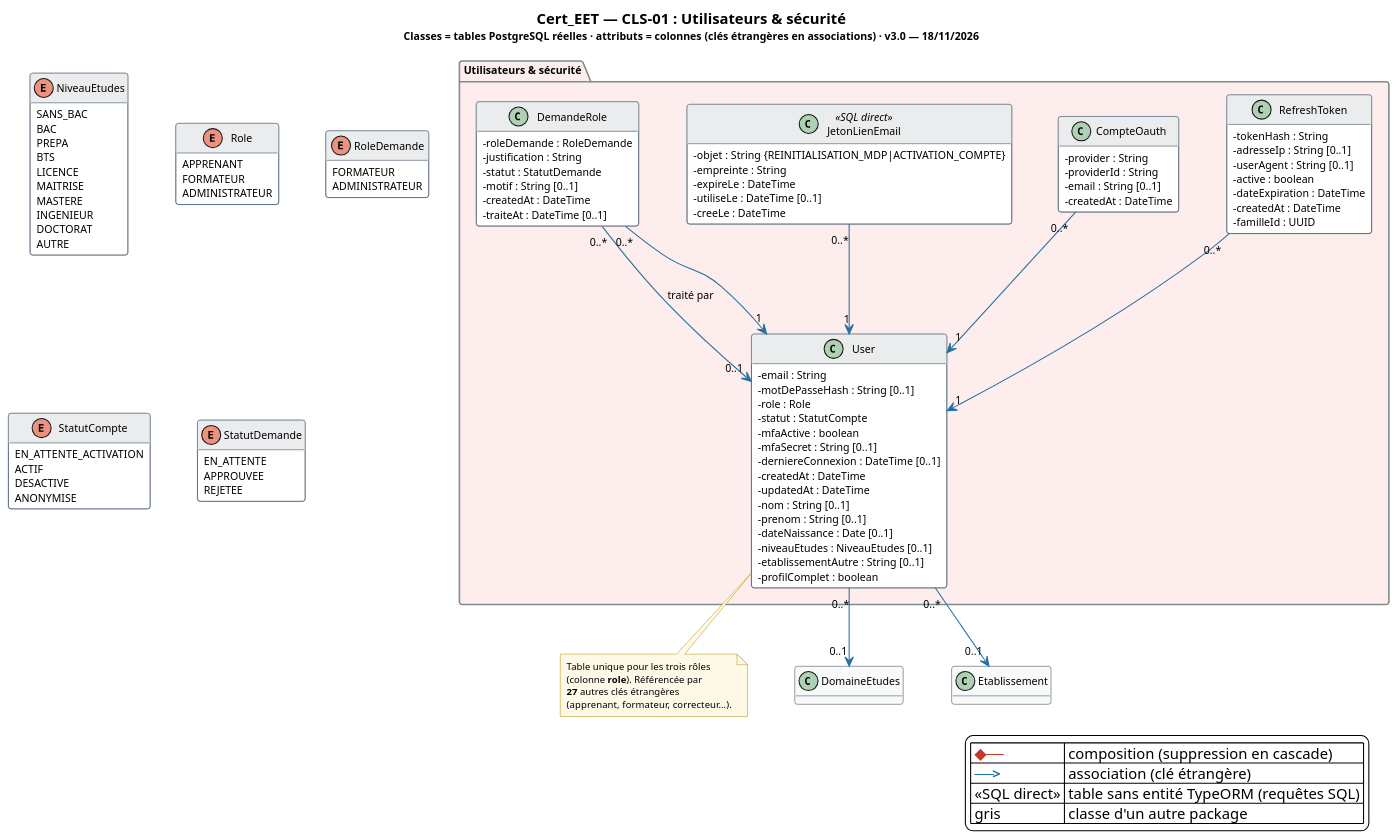
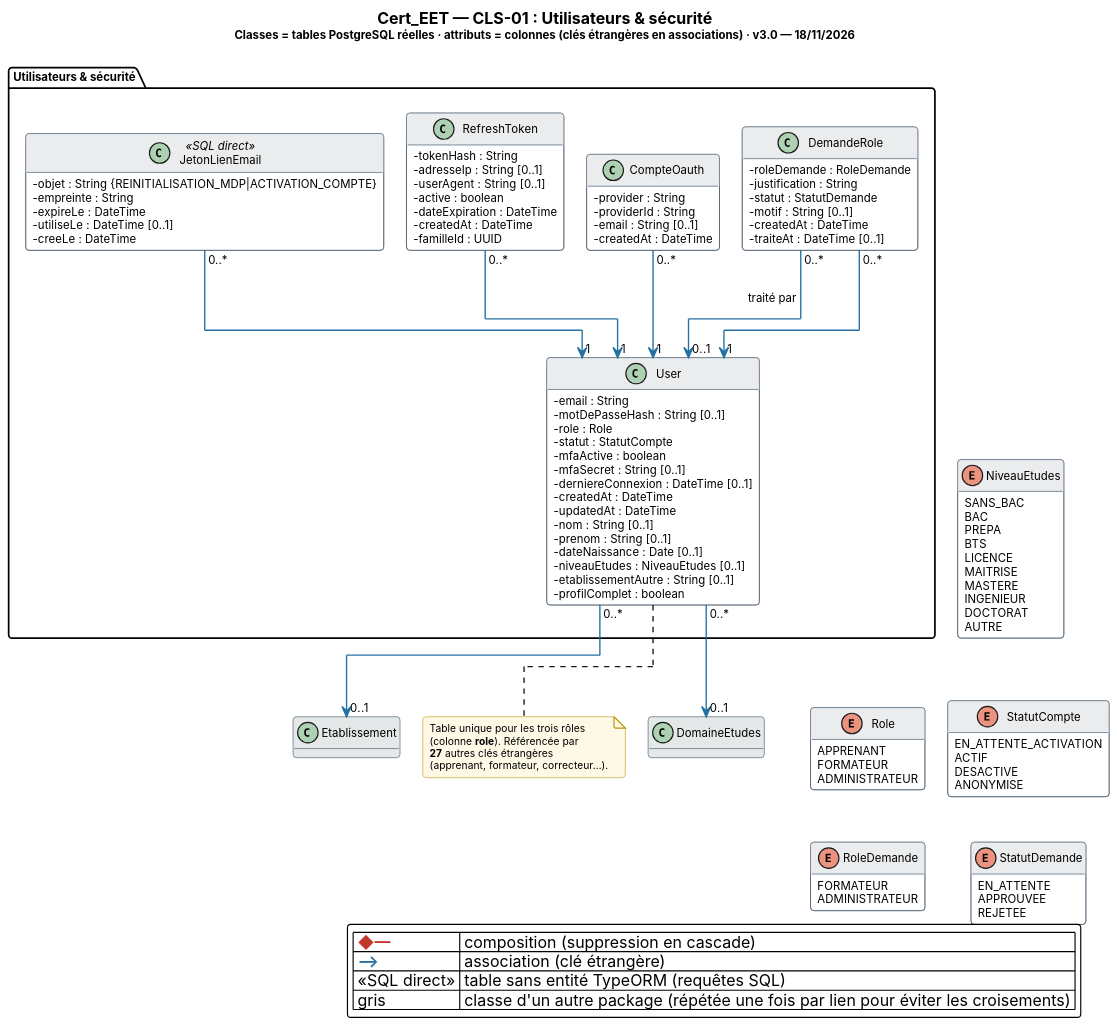
The diagram in engineering-log/122-livrables-finaux-2026-11-18/1_Documents_et_diagrammes/v4_2026-11-18/10_diagrammes/classes/Cert_EET_CLS-01_Utilisateurs_securite.puml (Iyed519/CERT_EET), drawn with PlantUML before and after one commit. The commit also changed 230 other files, not shown here.

First line of the commit message:
Diagrammes : refonte de la mise en page (flèches orthogonales, sans chevauchement)

```diff
--- a/engineering-log/122-livrables-finaux-2026-11-18/1_Documents_et_diagrammes/v4_2026-11-18/10_diagrammes/classes/Cert_EET_CLS-01_Utilisateurs_securite.puml
+++ b/engineering-log/122-livrables-finaux-2026-11-18/1_Documents_et_diagrammes/v4_2026-11-18/10_diagrammes/classes/Cert_EET_CLS-01_Utilisateurs_securite.puml
@@ -1,131 +1,133 @@
 @startuml Cert_EET_CLS-01_Utilisateurs_securite
 ' CLS-01 — Utilisateurs & sécurité · généré depuis le schéma réel (43 migrations, PR #141)
+!pragma layout elk
+' Mise en page ELK : liens orthogonaux (segments horizontaux/verticaux), sans courbes.
 skinparam backgroundColor #FFFFFF
 skinparam shadowing false
-skinparam DefaultFontName "Segoe UI"
+skinparam roundcorner 6
+skinparam DefaultFontName "Inter"
 skinparam DefaultFontSize 10
+skinparam ArrowThickness 1.2
 skinparam classAttributeIconSize 0
-skinparam dpi 130
-skinparam nodesep 45
-skinparam ranksep 60
+skinparam dpi 140
 skinparam class {
   BackgroundColor #FFFFFF
   BorderColor #34495E
   HeaderBackgroundColor #EAECEE
 }
 skinparam package {
   BorderColor #7F8C8D
   FontStyle bold
 }
 skinparam note {
   BackgroundColor #FEF9E7
   BorderColor #B7950B
   FontSize 9
 }
 hide empty methods
 title <size:14><b>Cert_EET — CLS-01 : Utilisateurs & sécurité</b></size>\n<size:10>Classes = tables PostgreSQL réelles · attributs = colonnes (clés étrangères en associations) · v3.0 — 18/11/2026</size>
 package "Utilisateurs & sécurité" #FDEDEC {
 class User {
   - email : String
   - motDePasseHash : String [0..1]
   - role : Role
   - statut : StatutCompte
   - mfaActive : boolean
   - mfaSecret : String [0..1]
   - derniereConnexion : DateTime [0..1]
   - createdAt : DateTime
   - updatedAt : DateTime
   - nom : String [0..1]
   - prenom : String [0..1]
   - dateNaissance : Date [0..1]
   - niveauEtudes : NiveauEtudes [0..1]
   - etablissementAutre : String [0..1]
   - profilComplet : boolean
 }
 class RefreshToken {
   - tokenHash : String
   - adresseIp : String [0..1]
   - userAgent : String [0..1]
   - active : boolean
   - dateExpiration : DateTime
   - createdAt : DateTime
   - familleId : UUID
 }
 class CompteOauth {
   - provider : String
   - providerId : String
   - email : String [0..1]
   - createdAt : DateTime
 }
 class JetonLienEmail <<SQL direct>> {
   - objet : String {REINITIALISATION_MDP|ACTIVATION_COMPTE}
   - empreinte : String
   - expireLe : DateTime
   - utiliseLe : DateTime [0..1]
   - creeLe : DateTime
 }
 class DemandeRole {
   - roleDemande : RoleDemande
   - justification : String
   - statut : StatutDemande
   - motif : String [0..1]
   - createdAt : DateTime
   - traiteAt : DateTime [0..1]
 }
 }
 note bottom of User
   Table unique pour les trois rôles
   (colonne <b>role</b>). Référencée par
   <b>27</b> autres clés étrangères
   (apprenant, formateur, correcteur…).
 end note
-class DomaineEtudes #F8F9F9 {
-}
-class Etablissement #F8F9F9 {
+class Etablissement #E5E8E8 {
 }
 User "0..*" -[#2471A3]-> "0..1" Etablissement
+class DomaineEtudes #E5E8E8 {
+}
 User "0..*" -[#2471A3]-> "0..1" DomaineEtudes
 RefreshToken "0..*" -[#2471A3]-> "1" User
 CompteOauth "0..*" -[#2471A3]-> "1" User
 DemandeRole "0..*" -[#2471A3]-> "0..1" User : traité par
 DemandeRole "0..*" -[#2471A3]-> "1" User
 JetonLienEmail "0..*" -[#2471A3]-> "1" User
 enum NiveauEtudes {
   SANS_BAC
   BAC
   PREPA
   BTS
   LICENCE
   MAITRISE
   MASTERE
   INGENIEUR
   DOCTORAT
   AUTRE
 }
 enum Role {
   APPRENANT
   FORMATEUR
   ADMINISTRATEUR
 }
 enum RoleDemande {
   FORMATEUR
   ADMINISTRATEUR
 }
 enum StatutCompte {
   EN_ATTENTE_ACTIVATION
   ACTIF
   DESACTIVE
   ANONYMISE
 }
 enum StatutDemande {
   EN_ATTENTE
   APPROUVEE
   REJETEE
 }
 legend bottom right
-  | <color:#C0392B><b>◆──</b></color> | composition (suppression en cascade) |
-  | <color:#2471A3><b>──></b></color> | association (clé étrangère) |
+  | <color:#C0392B><b>◆—</b></color> | composition (suppression en cascade) |
+  | <color:#2471A3><b>—></b></color> | association (clé étrangère) |
   | <<SQL direct>> | table sans entité TypeORM (requêtes SQL) |
-  | gris | classe d'un autre package |
+  | gris | classe d'un autre package (répétée une fois par lien pour éviter les croisements) |
 endlegend
 @enduml
```
